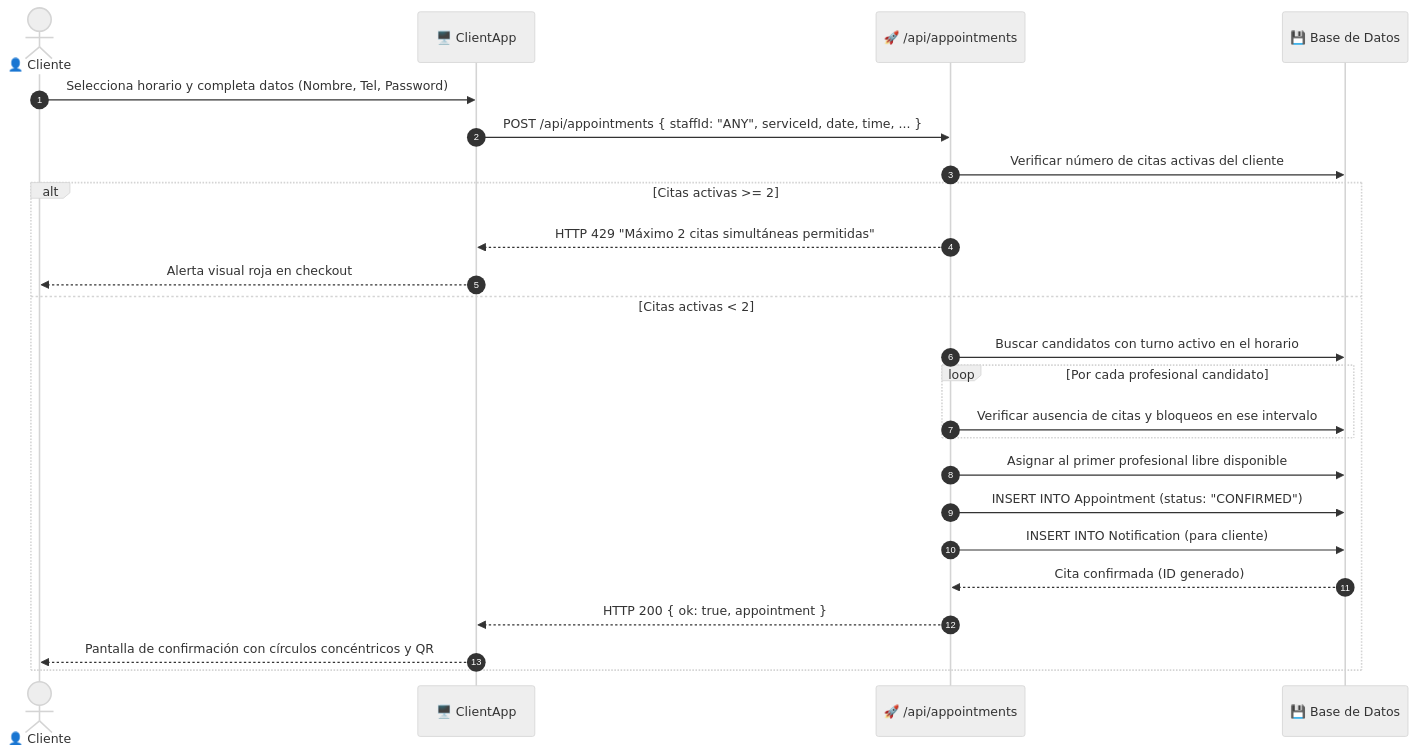
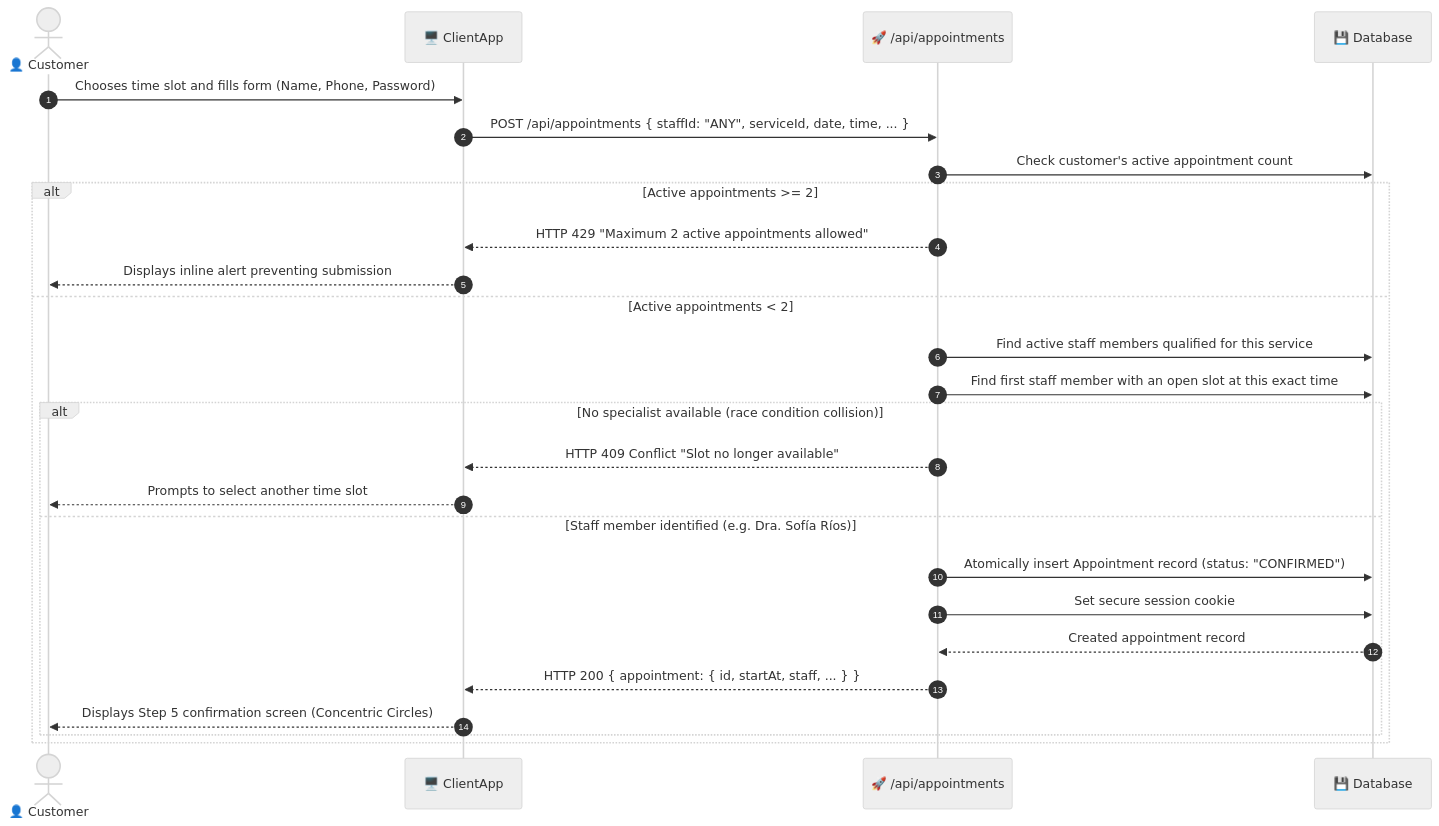
One commit to iamcristian/reservation-microsystem changed the second of 4 diagrams in docs/FLOWS.md. Above: the diagram before and after it, drawn with Mermaid (neutral theme). The commit also changed other lines of this file and 17 other files, not shown here.

````diff
--- a/docs/FLOWS.md
+++ b/docs/FLOWS.md
@@ -45,28 +45,30 @@
 ```mermaid
 sequenceDiagram
     autonumber
-    actor Cliente as 👤 Cliente
+    actor Customer as 👤 Customer
     participant UI as 🖥️ ClientApp
     participant API as 🚀 /api/appointments
-    participant DB as 💾 Base de Datos
+    participant DB as 💾 Database
 
-    Cliente->>UI: Selecciona horario y completa datos (Nombre, Tel, Password)
+    Customer->>UI: Chooses time slot and fills form (Name, Phone, Password)
     UI->>API: POST /api/appointments { staffId: "ANY", serviceId, date, time, ... }
     
-    API->>DB: Verificar número de citas activas del cliente
-    alt Citas activas >= 2
-        API-->>UI: HTTP 429 "Máximo 2 citas simultáneas permitidas"
-        UI-->>Cliente: Alerta visual roja en checkout
-    else Citas activas < 2
-        API->>DB: Buscar candidatos con turno activo en el horario
-        loop Por cada profesional candidato
-            API->>DB: Verificar ausencia de citas y bloqueos en ese intervalo
+    API->>DB: Check customer's active appointment count
+    alt Active appointments >= 2
+        API-->>UI: HTTP 429 "Maximum 2 active appointments allowed"
+        UI-->>Customer: Displays inline alert preventing submission
+    else Active appointments < 2
+        API->>DB: Find active staff members qualified for this service
+        API->>DB: Find first staff member with an open slot at this exact time
+        alt No specialist available (race condition collision)
+            API-->>UI: HTTP 409 Conflict "Slot no longer available"
+            UI-->>Customer: Prompts to select another time slot
+        else Staff member identified (e.g. Dra. Sofía Ríos)
+            API->>DB: Atomically insert Appointment record (status: "CONFIRMED")
+            API->>DB: Set secure session cookie
+            DB-->>API: Created appointment record
+            API-->>UI: HTTP 200 { appointment: { id, startAt, staff, ... } }
+            UI-->>Customer: Displays Step 5 confirmation screen (Concentric Circles)
         end
-        API->>DB: Asignar al primer profesional libre disponible
-        API->>DB: INSERT INTO Appointment (status: "CONFIRMED")
-        API->>DB: INSERT INTO Notification (para cliente)
-        DB-->>API: Cita confirmada (ID generado)
-        API-->>UI: HTTP 200 { ok: true, appointment }
-        UI-->>Cliente: Pantalla de confirmación con círculos concéntricos y QR
     end
 ```
````
